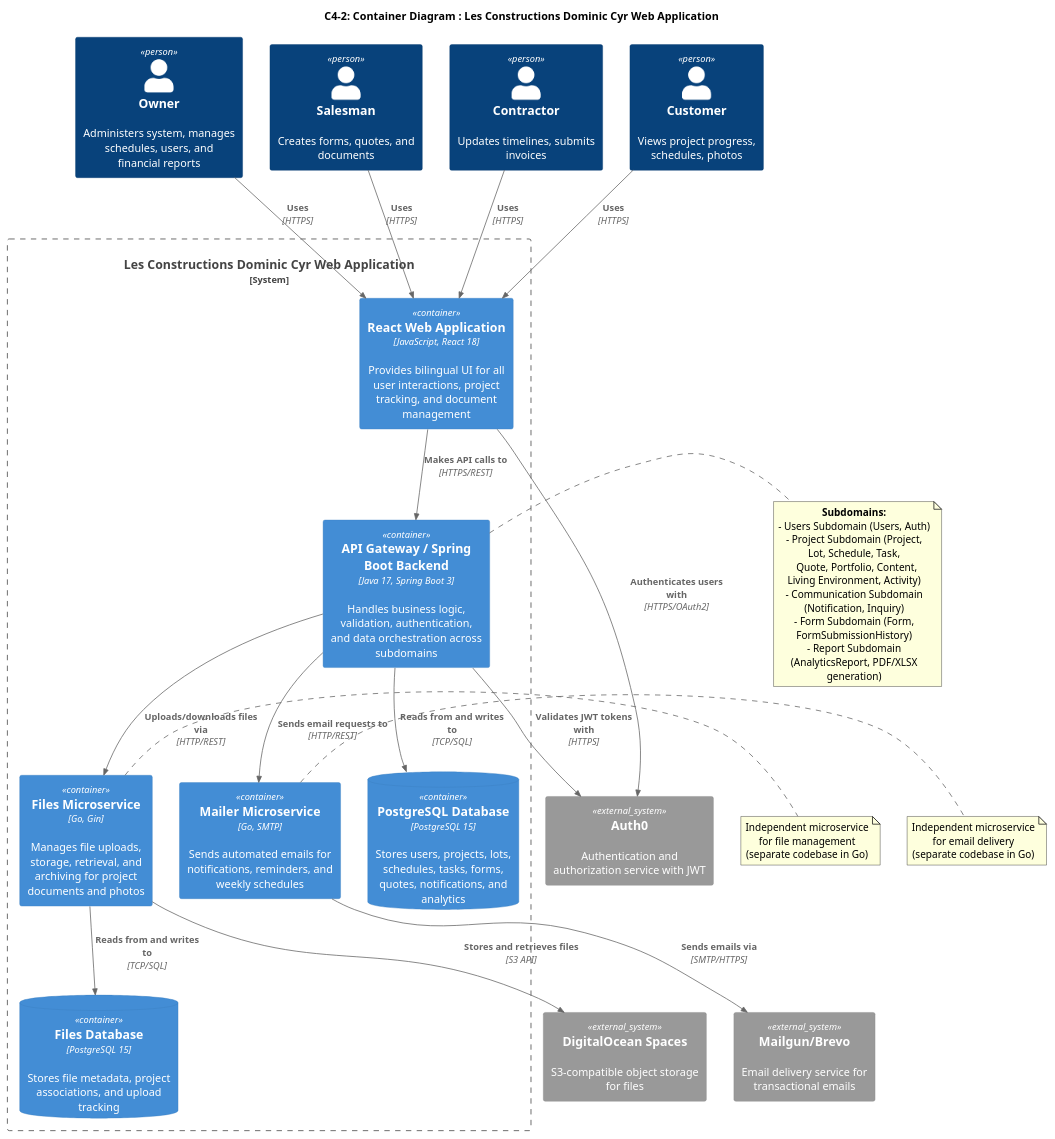
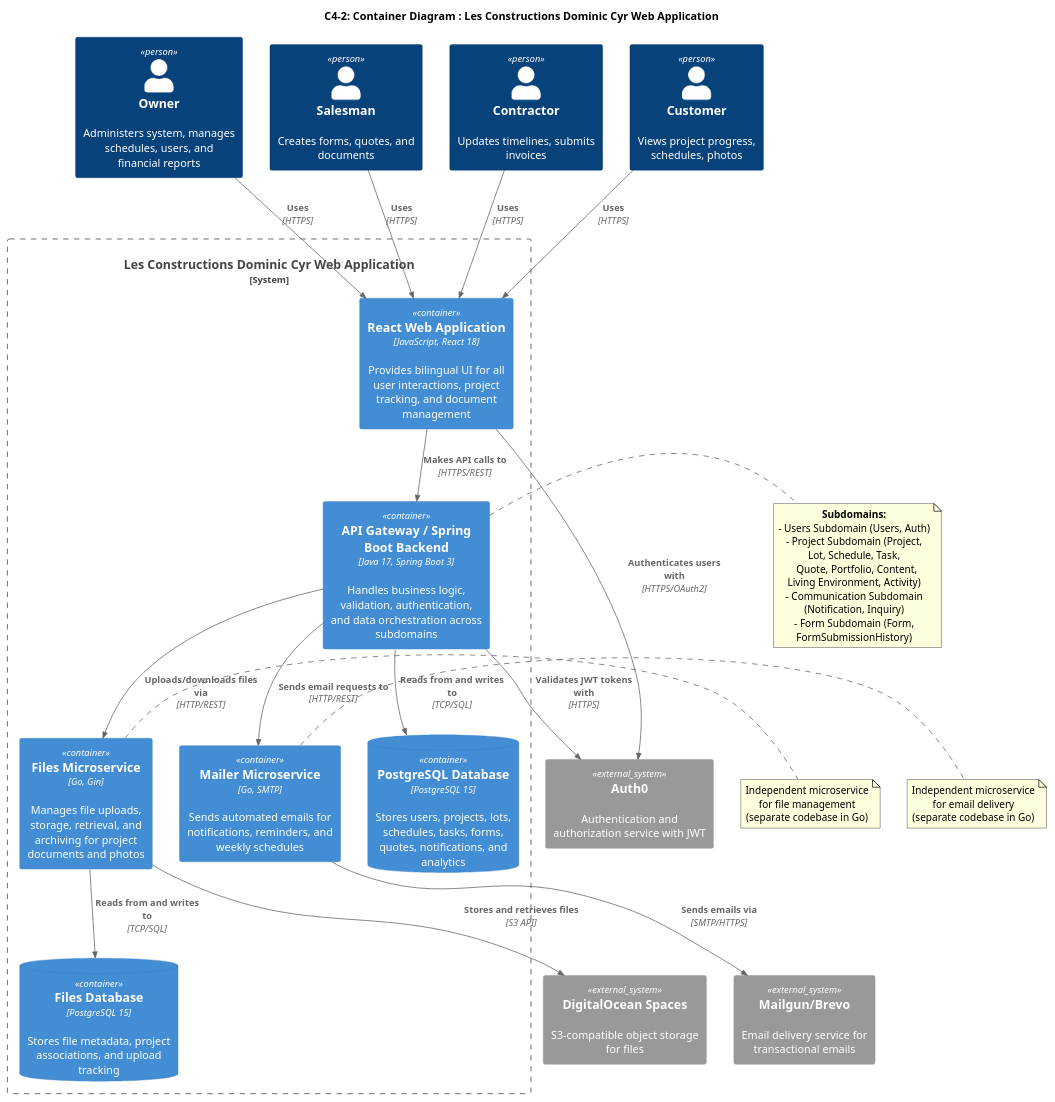
Before and after one commit to LCDCI/Les-Constructions-Dominic-Cyr: the diagram in Diagrams/UML_codes/C4_L2_ECP.puml, drawn with PlantUML. The commit also changed 48 other files, not shown here.

```diff
--- a/Diagrams/UML_codes/C4_L2_ECP.puml
+++ b/Diagrams/UML_codes/C4_L2_ECP.puml
@@ -1,72 +1,71 @@
 @startuml C4-2_Container_Diagram
 
 !include https://raw.githubusercontent.com/plantuml-stdlib/C4-PlantUML/master/C4_Container.puml
 
 title C4-2: Container Diagram : Les Constructions Dominic Cyr Web Application
 
 Person(owner, "Owner", "Administers system, manages schedules, users, and  financial reports")
 Person(salesman, "Salesman", "Creates forms, quotes, and documents")
 Person(contractor, "Contractor", "Updates timelines, submits invoices")
 Person(customer, "Customer", "Views project progress, schedules, photos")
 
 System_Boundary(webapp_boundary, "Les Constructions Dominic Cyr Web Application") {
     Container(web_app, "React Web Application", "JavaScript, React 18", "Provides bilingual UI for all user interactions, project tracking, and document management")
     
     Container(api_gateway, "API Gateway / Spring Boot Backend", "Java 17, Spring Boot 3", "Handles business logic, validation, authentication, and data orchestration across subdomains")
     
     ContainerDb(main_db, "PostgreSQL Database", "PostgreSQL 15", "Stores users, projects, lots, schedules, tasks, forms, quotes, notifications, and analytics")
     
     Container(files_service, "Files Microservice", "Go, Gin", "Manages file uploads, storage, retrieval, and archiving for project documents and photos")
     
     ContainerDb(files_db, "Files Database", "PostgreSQL 15", "Stores file metadata, project associations, and upload tracking")
     
     Container(mailer_service, "Mailer Microservice", "Go, SMTP", "Sends automated emails for notifications, reminders, and weekly schedules")
 }
 
 System_Ext(auth0, "Auth0", "Authentication and authorization service with JWT")
 System_Ext(email_service, "Mailgun/Brevo", "Email delivery service for transactional emails")
 System_Ext(digital_ocean_spaces, "DigitalOcean Spaces", "S3-compatible object storage for files")
 
 ' User interactions
 Rel(owner, web_app, "Uses", "HTTPS")
 Rel(salesman, web_app, "Uses", "HTTPS")
 Rel(contractor, web_app, "Uses", "HTTPS")
 Rel(customer, web_app, "Uses", "HTTPS")
 
 ' Internal container relationships
 Rel(web_app, api_gateway, "Makes API calls to", "HTTPS/REST")
 Rel(api_gateway, main_db, "Reads from and writes to", "TCP/SQL")
 Rel(api_gateway, files_service, "Uploads/downloads files via", "HTTP/REST")
 Rel(api_gateway, mailer_service, "Sends email requests to", "HTTP/REST")
 Rel(files_service, files_db, "Reads from and writes to", "TCP/SQL")
 Rel(files_service, digital_ocean_spaces, "Stores and retrieves files", "S3 API")
 Rel(mailer_service, email_service, "Sends emails via", "SMTP/HTTPS")
 
 ' External system relationships
 Rel(web_app, auth0, "Authenticates users with", "HTTPS/OAuth2")
 Rel(api_gateway, auth0, "Validates JWT tokens with", "HTTPS")
 
 ' Notes
 note right of api_gateway
   **Subdomains:**
   - Users Subdomain (Users, Auth)
   - Project Subdomain (Project, Lot, Schedule, Task,
     Quote, Portfolio, Content, Living Environment, Activity)
   - Communication Subdomain (Notification, Inquiry)
   - Form Subdomain (Form, FormSubmissionHistory)
-  - Report Subdomain (AnalyticsReport, PDF/XLSX generation)
 end note
 
 note right of files_service
   Independent microservice
   for file management
   (separate codebase in Go)
 end note
 
 note right of mailer_service
   Independent microservice
   for email delivery
   (separate codebase in Go)
 end note
 
 @enduml
```
